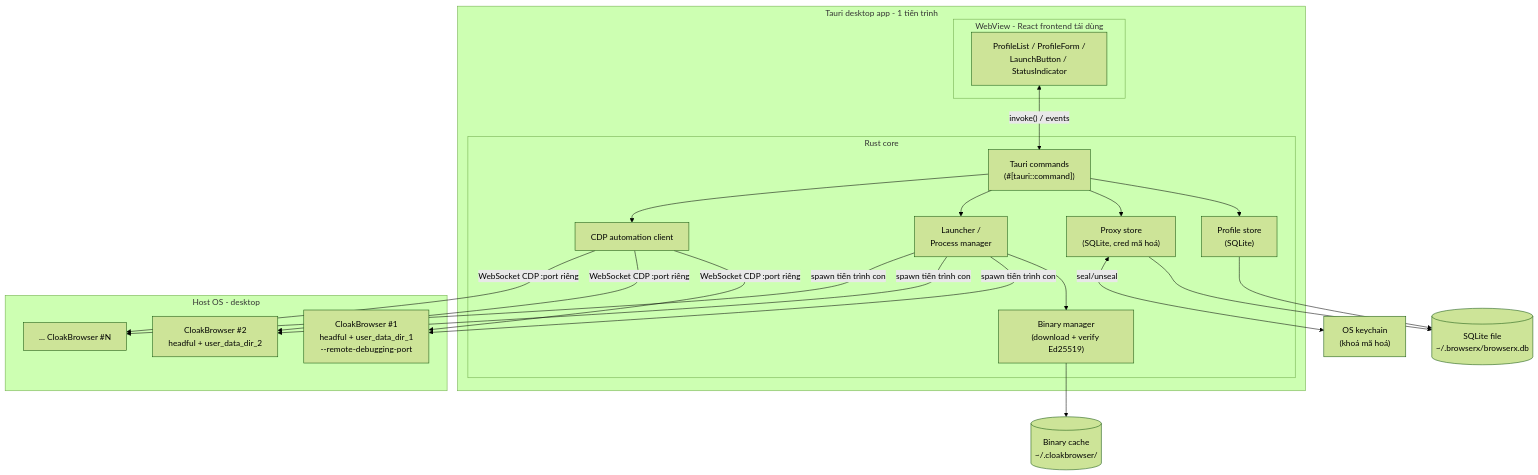
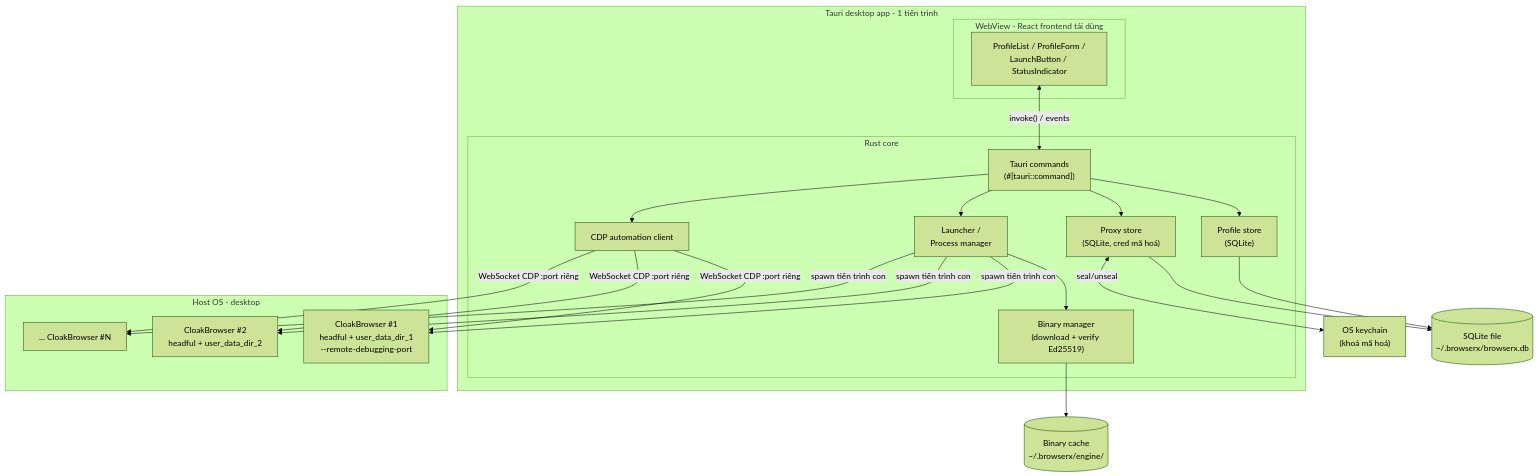
Before and after one commit to MintRouter/BrowserX: the first of 2 diagrams in docs/03-target-architecture.md, drawn with Mermaid (forest theme). The commit also changed other lines of this file and 4 other files, not shown here.

First line of the commit message:
docs: update cache directory references from ~/.cloakbrowser/ to ~/.brow

````diff
--- a/docs/03-target-architecture.md
+++ b/docs/03-target-architecture.md
@@ -48,35 +48,35 @@
 ```mermaid
 flowchart TB
     subgraph TAURI[Tauri desktop app - 1 tiến trình]
         subgraph UI[WebView - React frontend tái dùng]
             RUI["ProfileList / ProfileForm /<br/>LaunchButton / StatusIndicator"]
         end
         subgraph CORE[Rust core]
             CMD["Tauri commands<br/>(#[tauri::command])"]
             PSTORE["Profile store<br/>(SQLite)"]
             PXSTORE["Proxy store<br/>(SQLite, cred mã hoá)"]
             LAUNCH["Launcher /<br/>Process manager"]
             CDP["CDP automation client"]
             BIN["Binary manager<br/>(download + verify Ed25519)"]
         end
     end
 
     subgraph HOST[Host OS - desktop]
         B1["CloakBrowser #1<br/>headful + user_data_dir_1<br/>--remote-debugging-port"]
         B2["CloakBrowser #2<br/>headful + user_data_dir_2"]
         BN["... CloakBrowser #N"]
     end
 
     DB[("SQLite file<br/>~/.browserx/browserx.db")]
     KEY["OS keychain<br/>(khoá mã hoá)"]
-    CACHE[("Binary cache<br/>~/.cloakbrowser/")]
+    CACHE[("Binary cache<br/>~/.browserx/engine/")]
 
     RUI <-->|"invoke() / events"| CMD
     CMD --> PSTORE & PXSTORE & LAUNCH & CDP
     PSTORE & PXSTORE --> DB
     PXSTORE <-->|"seal/unseal"| KEY
     LAUNCH --> BIN
     BIN --> CACHE
     LAUNCH -->|"spawn tiến trình con"| B1 & B2 & BN
     CDP -->|"WebSocket CDP :port riêng"| B1 & B2 & BN
 ```
````
